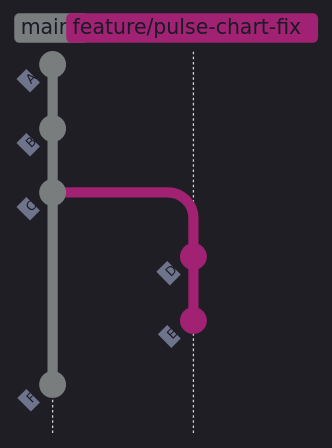
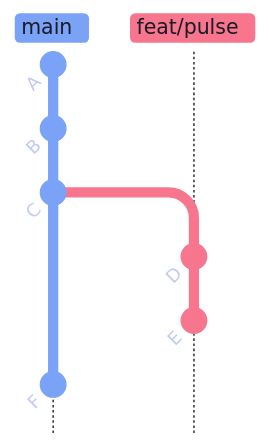
Before and after one commit to alp78/elysium: the first of 9 diagrams in content/08-Git/git-branching-and-merging.md, drawn with Mermaid. The commit also changed other lines of this file and 14 other files, not shown here.

````diff
--- a/content/08-Git/git-branching-and-merging.md
+++ b/content/08-Git/git-branching-and-merging.md
@@ -40,12 +40,12 @@
 ```mermaid
-%%{init: {'theme': 'dark', 'themeVariables': {'commitLabelColor': '#1a1b26', 'commitLabelBackground': '#c0caf5', 'gitBranchLabel0': '#1a1b26', 'gitBranchLabel1': '#1a1b26', 'gitBranchLabel2': '#1a1b26', 'gitBranchLabel3': '#1a1b26', 'tagLabelColor': '#1a1b26', 'tagLabelBackground': '#c0caf5'}, 'gitGraph': {'mainBranchName': 'main'}} }%%
+%%{init: {'theme': 'base', 'themeVariables': {'git0': '#7aa2f7', 'git1': '#f7768e', 'git2': '#9ece6a', 'git3': '#e0af68', 'git4': '#bb9af7', 'gitBranchLabel0': '#1a1b26', 'gitBranchLabel1': '#1a1b26', 'gitBranchLabel2': '#1a1b26', 'gitBranchLabel3': '#1a1b26', 'commitLabelColor': '#c0caf5', 'commitLabelBackground': 'transparent', 'commitLabelFontSize': '14px', 'tagLabelColor': '#1a1b26', 'tagLabelBackground': '#c0caf5'}, 'gitGraph': {'mainBranchName': 'main'}} }%%
 gitGraph TB:
   commit id: "A"
   commit id: "B"
   commit id: "C"
-  branch feature/pulse-chart-fix
+  branch feat/pulse
   commit id: "D"
   commit id: "E"
   checkout main
   commit id: "F"
 ```
````
